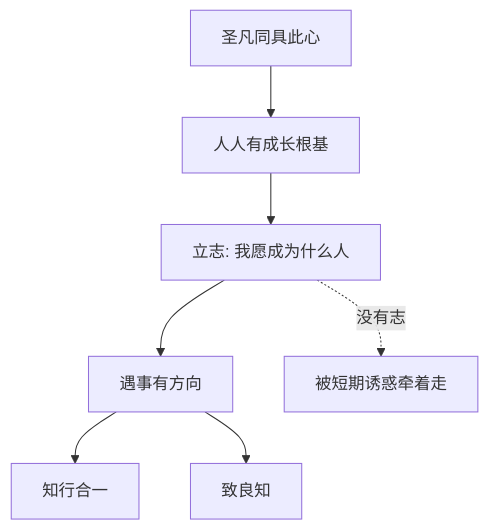
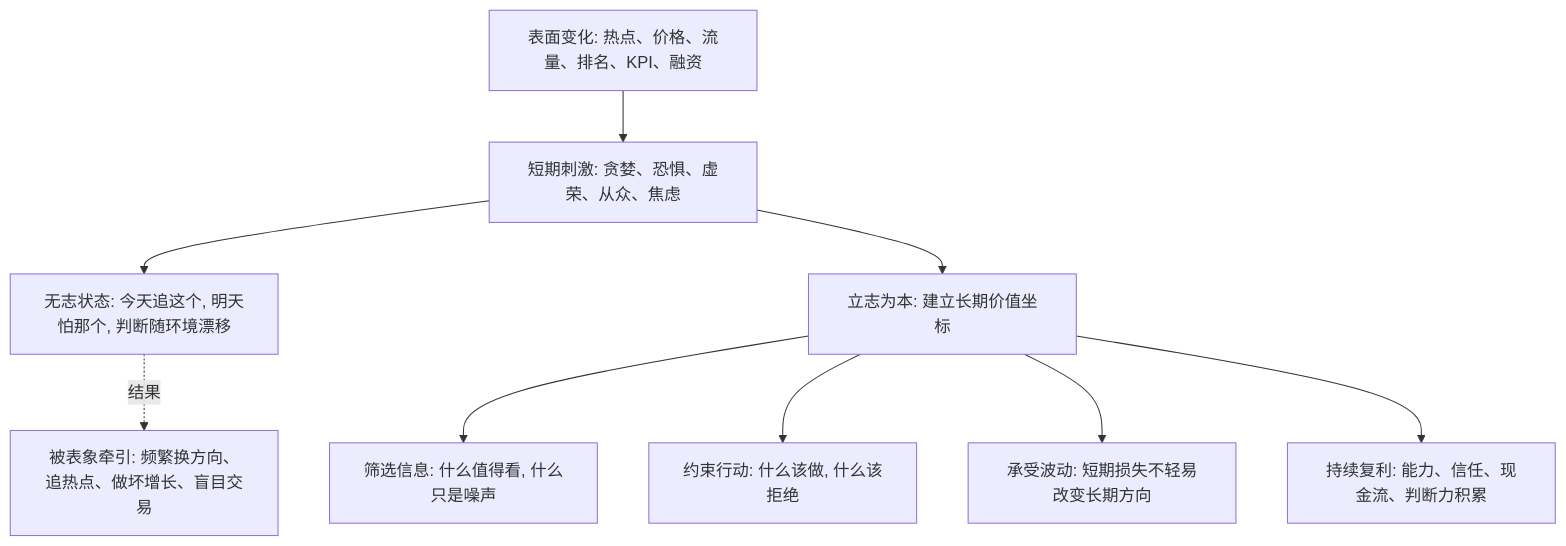
Before and after one commit to digoal/blog: the diagram in 202605/20260518_82.md, drawn with Mermaid. The commit also changed other lines of this file and 51 other files, not shown here.

````diff
--- a/202605/20260518_82.md
+++ b/202605/20260518_82.md
@@ -22,9 +22,11 @@
 ```mermaid
 flowchart TD
-  A["圣凡同具此心"] --> B["人人有成长根基"]
-  B --> C["立志: 我愿成为什么人"]
-  C --> D["遇事有方向"]
-  D --> E["知行合一"]
-  D --> F["致良知"]
-  C -. "没有志" .-> G["被短期诱惑牵着走"]
+  A["表面变化: 热点、价格、流量、排名、KPI、融资"] --> B["短期刺激: 贪婪、恐惧、虚荣、从众、焦虑"]
+  B --> C["无志状态: 今天追这个, 明天怕那个, 判断随环境漂移"]
+  B --> D["立志为本: 建立长期价值坐标"]
+  D --> E["筛选信息: 什么值得看, 什么只是噪声"]
+  D --> F["约束行动: 什么该做, 什么该拒绝"]
+  D --> G["承受波动: 短期损失不轻易改变长期方向"]
+  D --> H["持续复利: 能力、信任、现金流、判断力积累"]
+  C -. "结果" .-> I["被表象牵引: 频繁换方向、追热点、做坏增长、盲目交易"]
 ```
````
